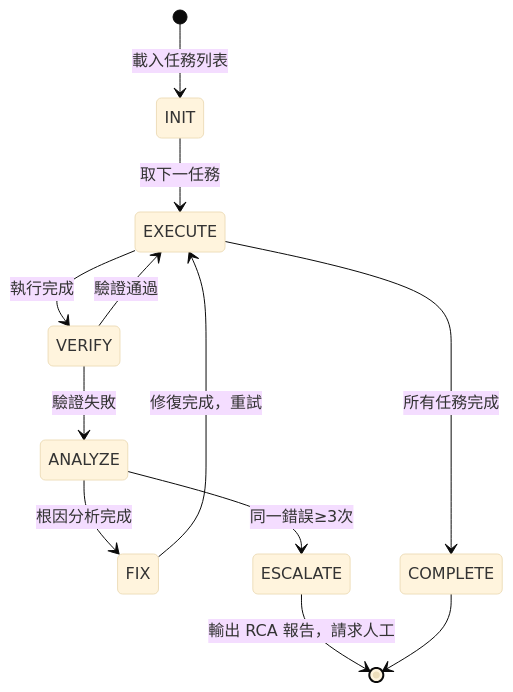
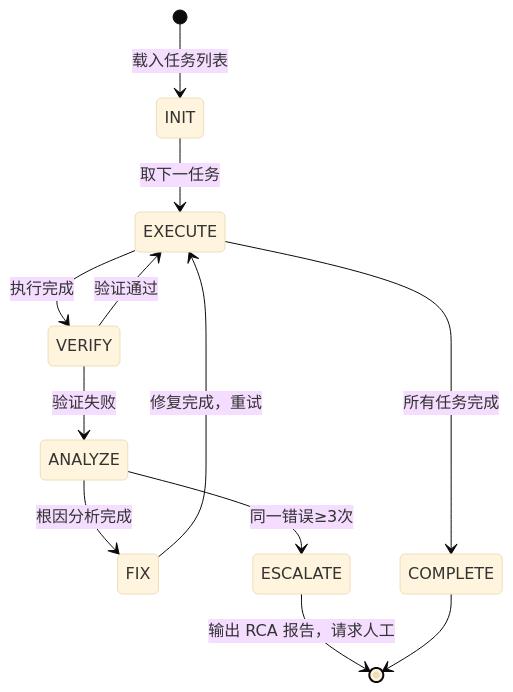
Before and after one commit to gogojaja/DevProjectTeamSkill: the diagram in .trae/skills/dev-project-team-skill/skills/team-orchestration/domain/ralph-loop.md, drawn with Mermaid (base theme). The commit also changed other lines of this file and 69 other files, not shown here.

````diff
--- a/.trae/skills/dev-project-team-skill/skills/team-orchestration/domain/ralph-loop.md
+++ b/.trae/skills/dev-project-team-skill/skills/team-orchestration/domain/ralph-loop.md
@@ -9,14 +9,14 @@
 ```mermaid
 stateDiagram-v2
-    [*] --> INIT: 載入任務列表
-    INIT --> EXECUTE: 取下一任務
-    EXECUTE --> VERIFY: 執行完成
-    VERIFY --> EXECUTE: 驗證通過
-    VERIFY --> ANALYZE: 驗證失敗
+    [*] --> INIT: 载入任务列表
+    INIT --> EXECUTE: 取下一任务
+    EXECUTE --> VERIFY: 执行完成
+    VERIFY --> EXECUTE: 验证通过
+    VERIFY --> ANALYZE: 验证失败
     ANALYZE --> FIX: 根因分析完成
-    FIX --> EXECUTE: 修復完成，重試
-    ANALYZE --> ESCALATE: 同一錯誤≥3次
-    ESCALATE --> [*]: 輸出 RCA 報告，請求人工
-    EXECUTE --> COMPLETE: 所有任務完成
+    FIX --> EXECUTE: 修复完成，重试
+    ANALYZE --> ESCALATE: 同一错误≥3次
+    ESCALATE --> [*]: 输出 RCA 报告，请求人工
+    EXECUTE --> COMPLETE: 所有任务完成
     COMPLETE --> [*]
 ```
````
